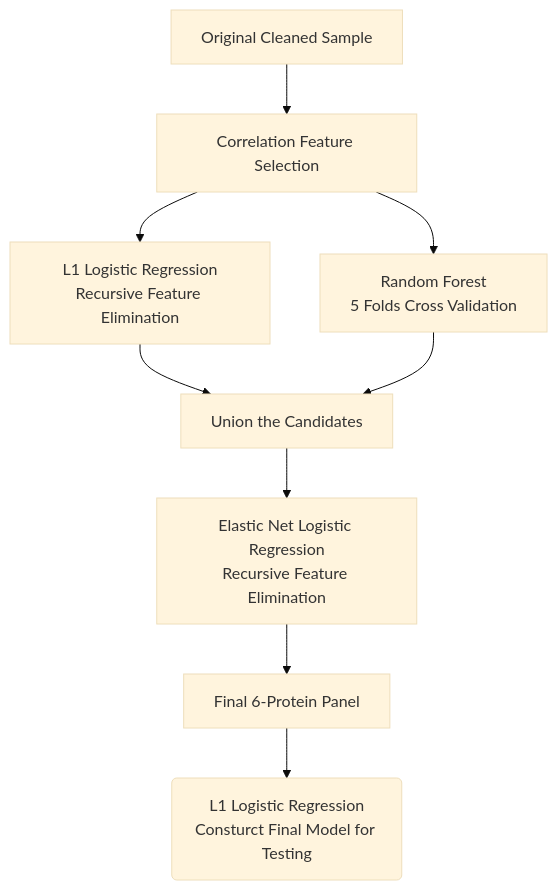
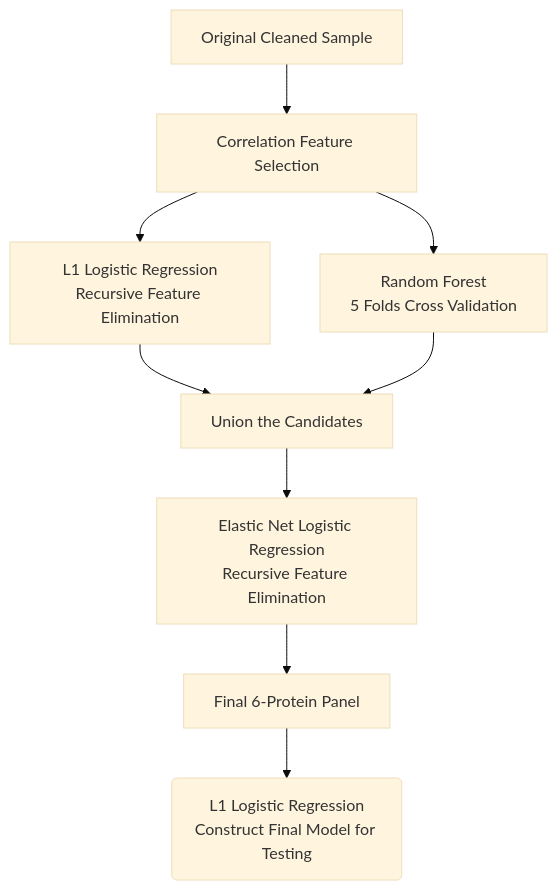
One commit to Capstone-24-25/module1-group-5 changed the diagram in results/report.qmd. Above: the diagram before and after it, drawn with Mermaid (base theme).

Commit message:
[fix] typo

````diff
--- a/results/report.qmd
+++ b/results/report.qmd
@@ -49,12 +49,12 @@
 ```{mermaid}
 flowchart TB
 classDef default scale:1;
   A[Original Cleaned Sample] --> B[Correlation Feature Selection]
   B --> C[L1 Logistic Regression<br>Recursive Feature Elimination]
   B --> D[Random Forest<br>5 Folds Cross Validation]
   C --> E[Union the Candidates]
   D --> E[Union the Candidates]
   E --> F[Elastic Net Logistic Regression<br>Recursive Feature Elimination]
   F --> G[Final 6-Protein Panel]
-  G --> H(L1 Logistic Regression<br>Consturct Final Model for Testing)
+  G --> H(L1 Logistic Regression<br>Construct Final Model for Testing)
 ```
````
